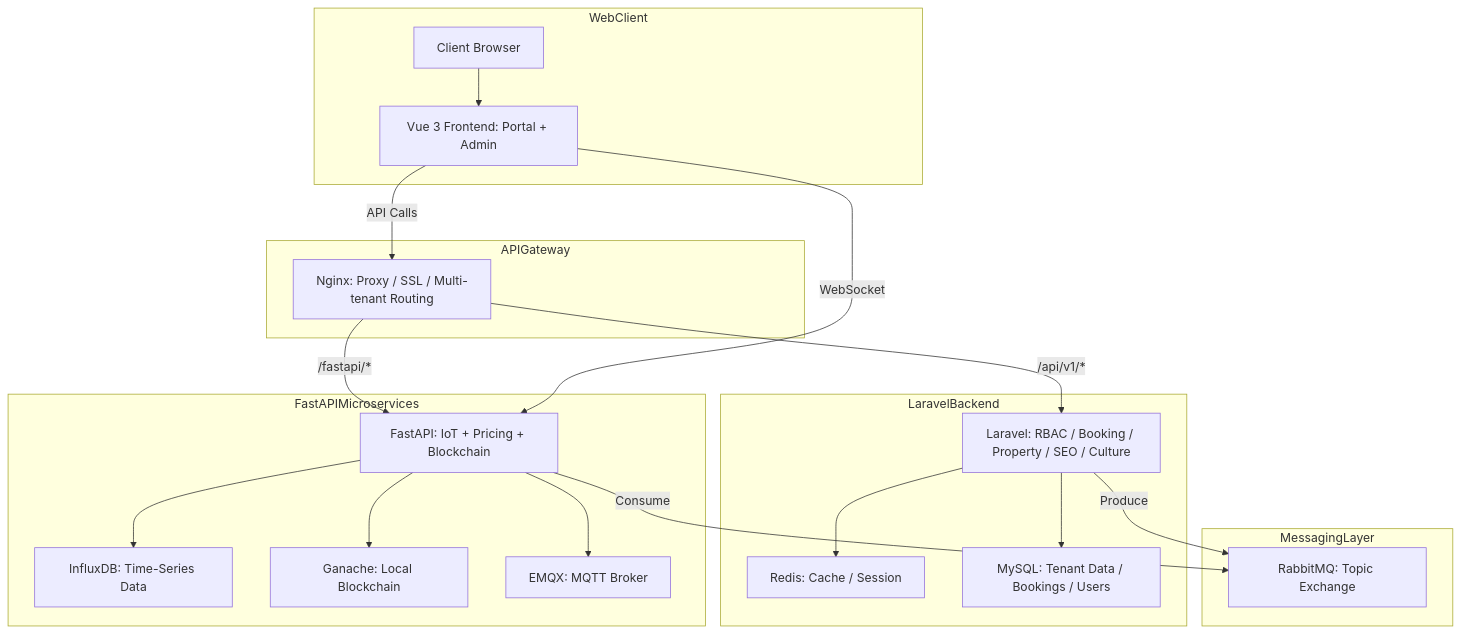
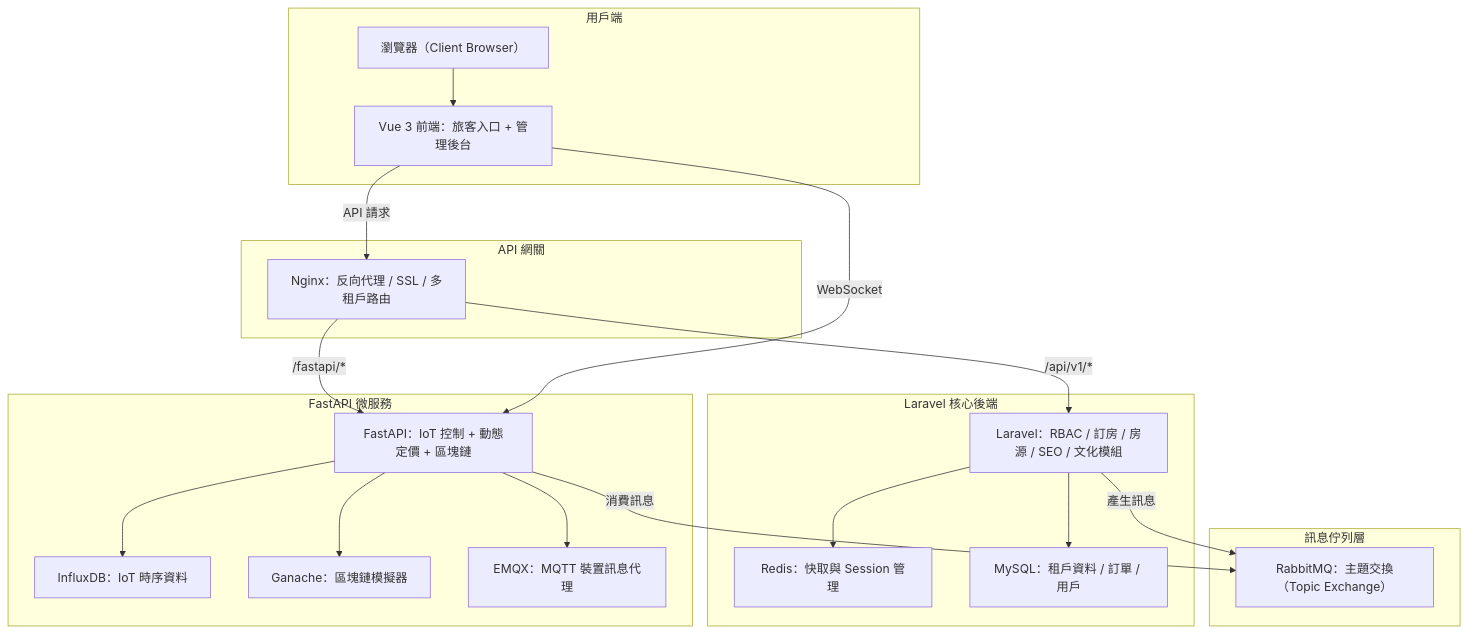
One commit to BpsEason/staysync changed the diagram in README.md. Above: the diagram before and after it, drawn with Mermaid.

````diff
--- a/README.md
+++ b/README.md
@@ -34,44 +34,43 @@
 ```mermaid
 graph TD
-    subgraph WebClient
-        A1[Client Browser]
-        A2[Vue 3 Frontend: Portal + Admin]
+    subgraph 用戶端
+        A1[瀏覽器（Client Browser）]
+        A2[Vue 3 前端：旅客入口 + 管理後台]
         A1 --> A2
     end
 
-    subgraph APIGateway
-        B[Nginx: Proxy / SSL / Multi-tenant Routing]
+    subgraph API 網關
+        B[Nginx：反向代理 / SSL / 多租戶路由]
     end
 
-    subgraph LaravelBackend
-        C1[Laravel: RBAC / Booking / Property / SEO / Culture]
-        C2[Redis: Cache / Session]
-        C3[MySQL: Tenant Data / Bookings / Users]
+    subgraph Laravel 核心後端
+        C1[Laravel：RBAC / 訂房 / 房源 / SEO / 文化模組]
+        C2[Redis：快取與 Session 管理]
+        C3[MySQL：租戶資料 / 訂單 / 用戶]
         C1 --> C2
         C1 --> C3
     end
 
-    subgraph FastAPIMicroservices
-        D1[FastAPI: IoT + Pricing + Blockchain]
-        D2[InfluxDB: Time-Series Data]
-        D3[Ganache: Local Blockchain]
-        D4[EMQX: MQTT Broker]
+    subgraph FastAPI 微服務
+        D1[FastAPI：IoT 控制 + 動態定價 + 區塊鏈]
+        D2[InfluxDB：IoT 時序資料]
+        D3[Ganache：區塊鏈模擬器]
+        D4[EMQX：MQTT 裝置訊息代理]
         D1 --> D2
         D1 --> D3
         D1 --> D4
     end
 
-    subgraph MessagingLayer
-        E[RabbitMQ: Topic Exchange]
+    subgraph 訊息佇列層
+        E[RabbitMQ：主題交換（Topic Exchange）]
     end
 
-    %% Communication Paths
-    A2 -->|API Calls| B
+    %% 通訊路徑
+    A2 -->|API 請求| B
     B -->|/api/v1/*| C1
     B -->|/fastapi/*| D1
     A2 -->|WebSocket| D1
-    C1 -->|Produce| E
-    D1 -->|Consume| E
-
+    C1 -->|產生訊息| E
+    D1 -->|消費訊息| E
 
 ```
````
